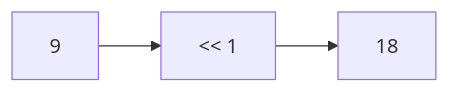
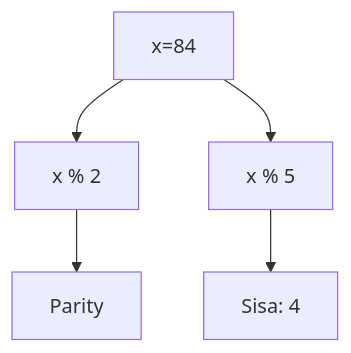
One commit to amnahwaida/OSNK_INF_PREP changed diagram 13 of 25 in part-c-pemahaman-cpp/06-bitwise/latihan/set-01.md. Above: the diagram before and after it, drawn with Mermaid. The commit also changed other lines of this file and 71 other files, not shown here.

````diff
--- a/part-c-pemahaman-cpp/06-bitwise/latihan/set-01.md
+++ b/part-c-pemahaman-cpp/06-bitwise/latihan/set-01.md
@@ -328,5 +385,7 @@
 ```mermaid
-graph LR
-    A[9] --> B["<< 1"]
-    B --> C[18]
+graph TD
+A[x=84] --> B[x % 2]
+B --> C[Parity]
+A --> D[x % 5]
+D --> E[Sisa: 4]
 ```
````
